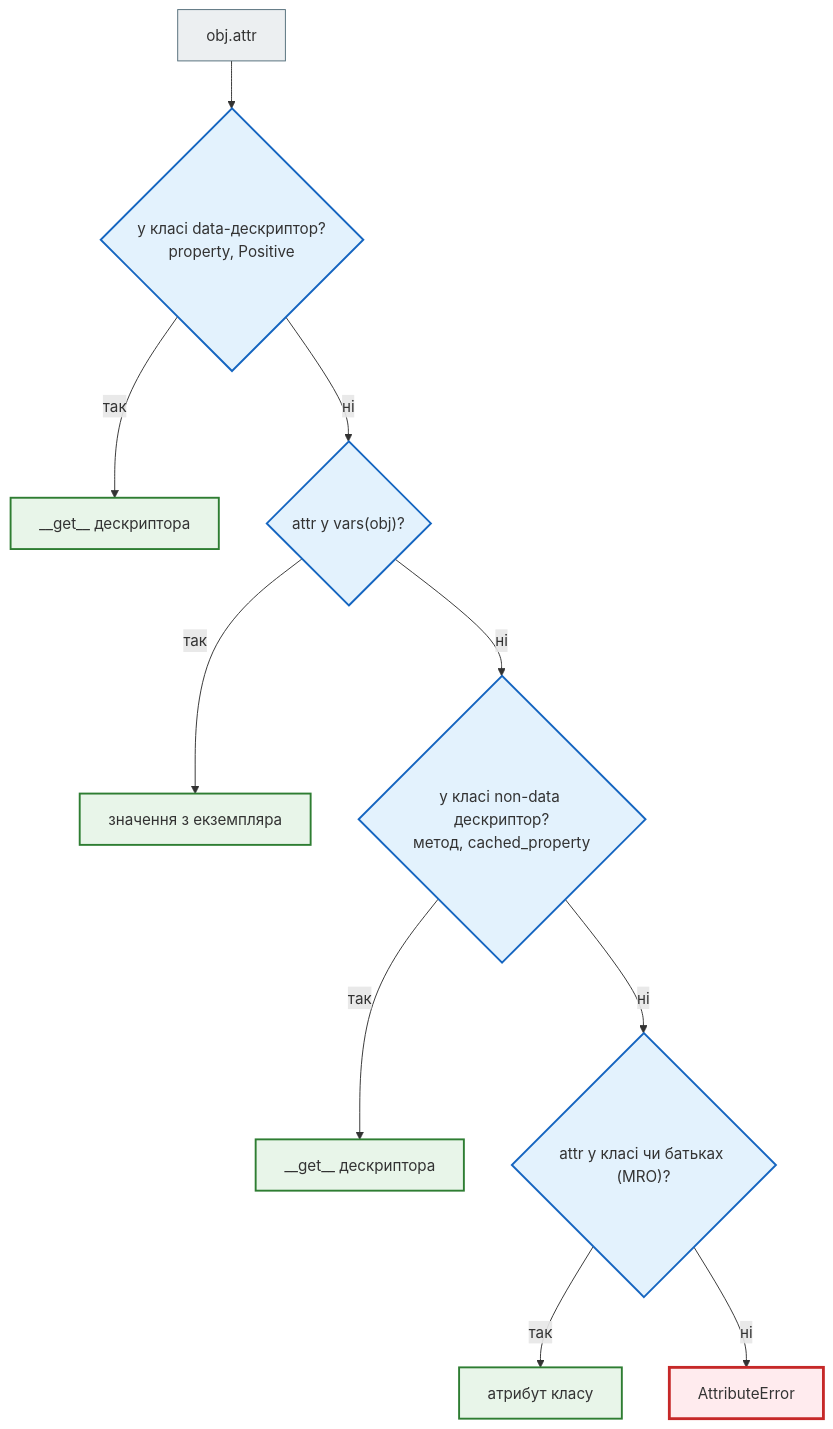
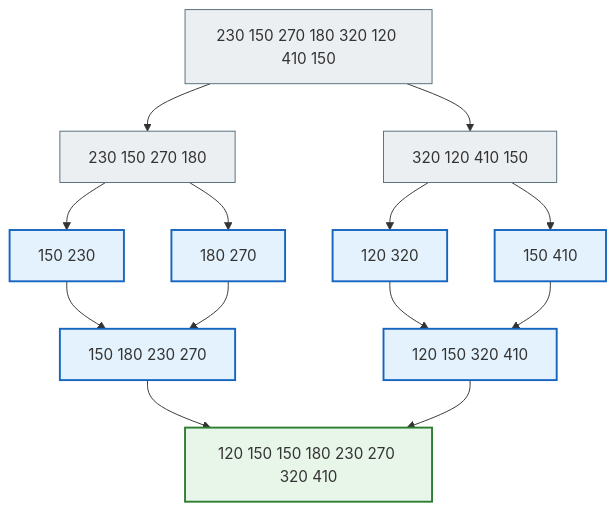
The second of 4 diagrams in docs/modules/m2/lesson_23.md (AlinaRadchenko/PY-Course-Victor-Nikoriak-22-09-2026), drawn with Mermaid before and after one commit. The commit also changed other lines of this file and 1846 other files, not shown here.

````diff
--- a/docs/modules/m2/lesson_23.md
+++ b/docs/modules/m2/lesson_23.md
@@ -514,23 +215,25 @@
 ```mermaid
 flowchart TD
     classDef step     fill:#eceff1,stroke:#546e7a,stroke-width:1px;
     classDef decision fill:#e3f2fd,stroke:#1565c0,stroke-width:2px;
     classDef success  fill:#e8f5e9,stroke:#2e7d32,stroke-width:2px;
     classDef error    fill:#ffebee,stroke:#c62828,stroke-width:3px;
     classDef warning  fill:#fff8e1,stroke:#e65100,stroke-width:2px;
 
-    A["obj.attr"] --> D1{"у класі data-дескриптор?<br>property, Positive"}
-    D1 -- так --> G1["__get__ дескриптора"]
-    D1 -- ні --> D2{"attr у vars(obj)?"}
-    D2 -- так --> V["значення з екземпляра"]
-    D2 -- ні --> D3{"у класі non-data дескриптор?<br>метод, cached_property"}
-    D3 -- так --> G2["__get__ дескриптора"]
-    D3 -- ні --> D4{"attr у класі чи батьках (MRO)?"}
-    D4 -- так --> C["атрибут класу"]
-    D4 -- ні --> E["AttributeError"]
+    A["230 150 270 180 320 120 410 150"] --> B["230 150 270 180"]
+    A --> C["320 120 410 150"]
+    B --> B1["150 230"]
+    B --> B2["180 270"]
+    C --> C1["120 320"]
+    C --> C2["150 410"]
+    B1 --> M1["150 180 230 270"]
+    B2 --> M1
+    C1 --> M2["120 150 320 410"]
+    C2 --> M2
+    M1 --> R["120 150 150 180 230 270 320 410"]
+    M2 --> R
 
-    class A step
-    class D1,D2,D3,D4 decision
-    class G1,G2,V,C success
-    class E error
+    class A,B,C step
+    class B1,B2,C1,C2,M1,M2 decision
+    class R success
 ```
````
